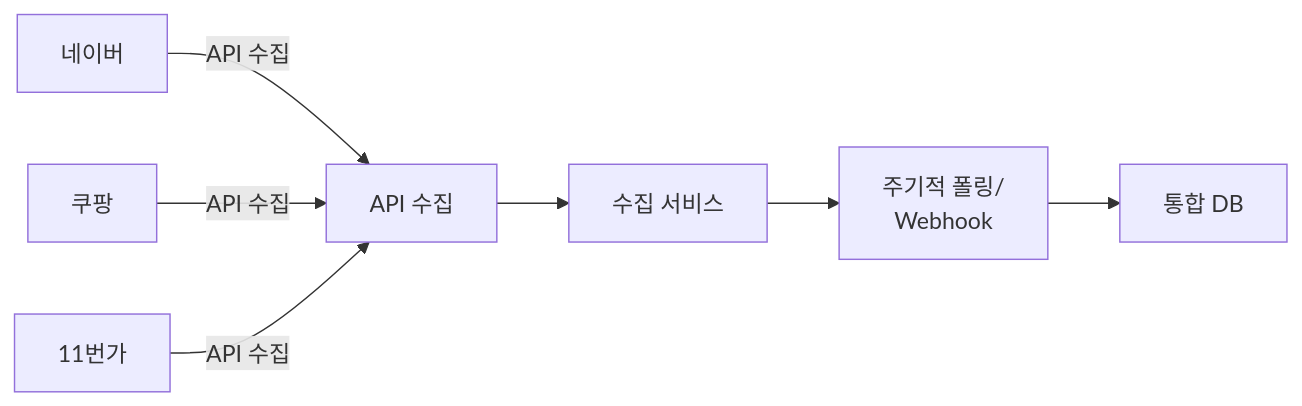
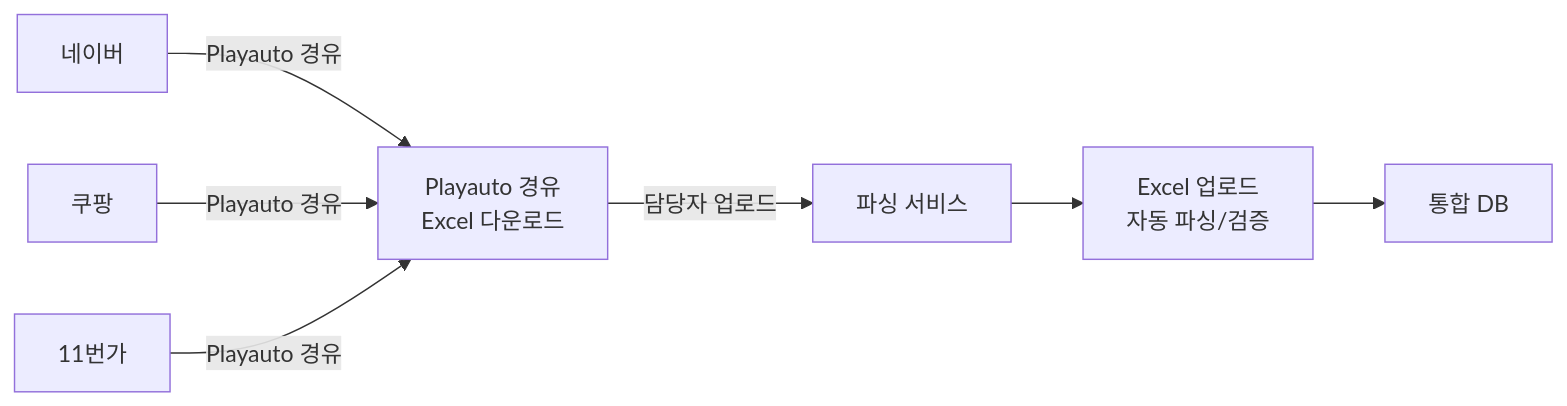
Before and after one commit to sknkwoxs/manual-book: the fourth of 5 diagrams in src/content/docs/goodthinking-isp/04-design/data-integration.md, drawn with Mermaid. The commit also changed other lines of this file and 17 other files, not shown here.

First line of the commit message:
docs(goodthinking-isp): Phase 3.5-5 — Mermaid 수정, 외부 API→Excel 템플릿 전환, 개인정보 보호 모듈 강화

````diff
--- a/src/content/docs/goodthinking-isp/04-design/data-integration.md
+++ b/src/content/docs/goodthinking-isp/04-design/data-integration.md
@@ -180,17 +180,17 @@
 ```mermaid
 graph LR
     A["네이버"]
     B["쿠팡"]
     C["11번가"]
-    D["API 수집"]
-    E["수집 서비스"]
-    F["주기적 폴링/<br/>Webhook"]
+    D["Playauto 경유<br/>Excel 다운로드"]
+    E["파싱 서비스"]
+    F["Excel 업로드<br/>자동 파싱/검증"]
     G["통합 DB"]
     
-    A -->|API 수집| D
-    B -->|API 수집| D
-    C -->|API 수집| D
-    D --> E
+    A -->|Playauto 경유| D
+    B -->|Playauto 경유| D
+    C -->|Playauto 경유| D
+    D -->|담당자 업로드| E
     E --> F
     F --> G
 ```
````
